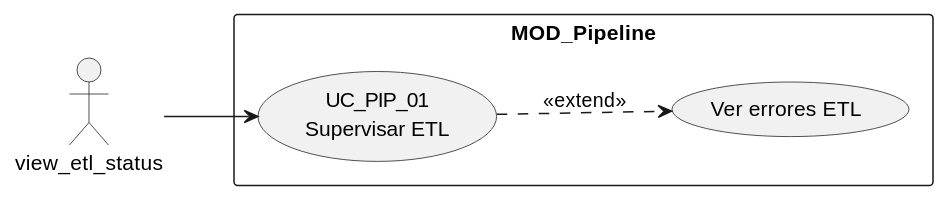
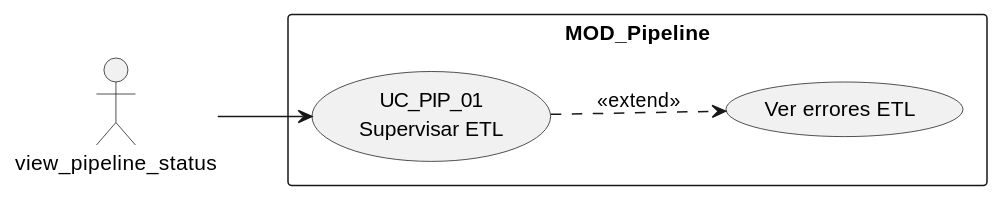
The first of 4 diagrams in source/requisitos/casos-uso/pipeline/uc-pip-01/diagramas-uml.rst (jcg-admin/IACT-docs), drawn with PlantUML before and after one commit. The commit also changed other lines of this file and 157 other files, not shown here.

First line of the commit message:
Enforce catalog function names across all diagrams

```diff
--- a/source/requisitos/casos-uso/pipeline/uc-pip-01/diagramas-uml.rst
+++ b/source/requisitos/casos-uso/pipeline/uc-pip-01/diagramas-uml.rst
@@ -10,12 +10,12 @@
 .. uml::
 
  @startuml
  left to right direction
- actor "view_etl_status" as USR
+ actor "view_pipeline_status" as USR
  rectangle "MOD_Pipeline" {
    usecase "UC_PIP_01\nSupervisar ETL" as UC01
    usecase "Ver errores ETL" as DR
  }
  USR --> UC01
  UC01 ..> DR : <<extend>>
  @enduml
```
